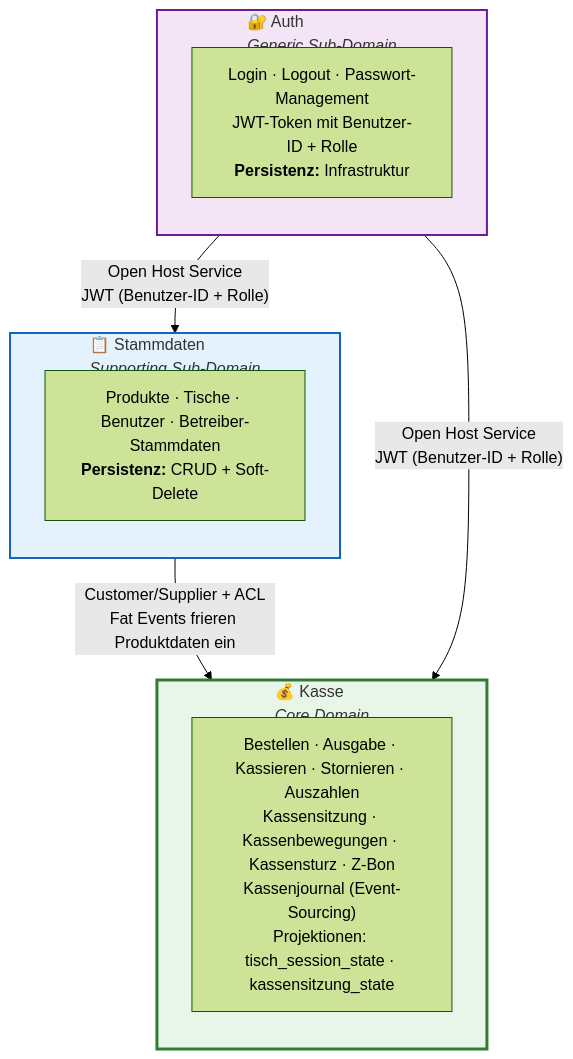
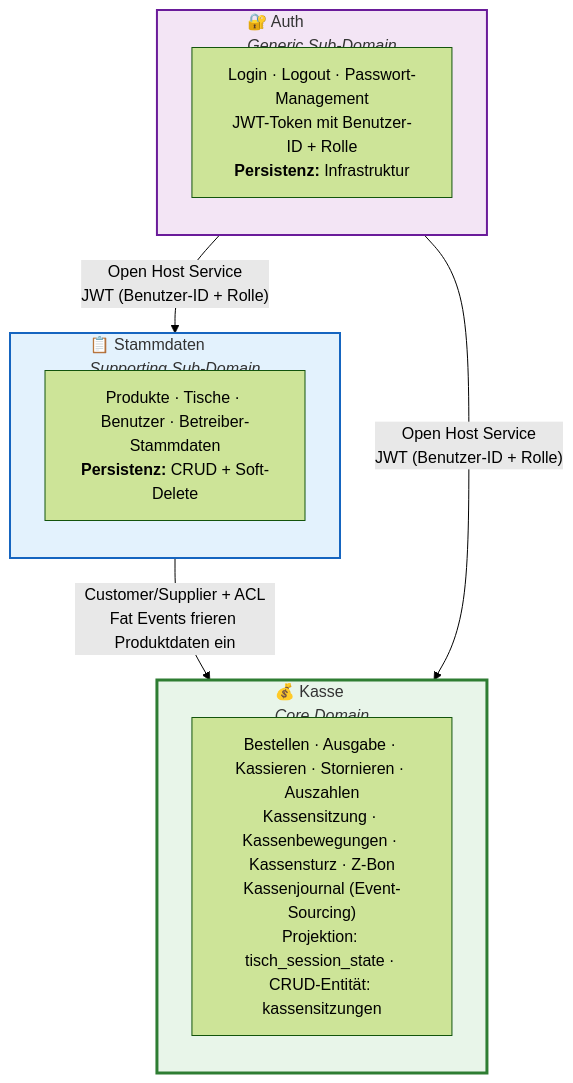
Before and after one commit to nicograef/jotti: the second of 19 diagrams in docs/diagrams.md, drawn with Mermaid (forest theme). The commit also changed other lines of this file and 21 other files, not shown here.

First line of the commit message:
refactor: replace kassensitzung_state projection with kassensitzungen CRUD entity and adopt nr-based subject format

````diff
--- a/docs/diagrams.md
+++ b/docs/diagrams.md
@@ -67,25 +67,25 @@
 ```mermaid
 graph TB
     subgraph auth ["🔐 Auth<br/><i>Generic Sub-Domain</i>"]
         direction TB
         auth_desc["Login · Logout · Passwort-Management<br/>JWT-Token mit Benutzer-ID + Rolle<br/><b>Persistenz:</b> Infrastruktur"]
     end
 
     subgraph stammdaten ["📋 Stammdaten<br/><i>Supporting Sub-Domain</i>"]
         direction TB
         stamm_desc["Produkte · Tische · Benutzer · Betreiber-Stammdaten<br/><b>Persistenz:</b> CRUD + Soft-Delete"]
     end
 
     subgraph kasse ["💰 Kasse<br/><i>Core Domain</i>"]
         direction TB
-        kasse_desc["Bestellen · Ausgabe · Kassieren · Stornieren · Auszahlen<br/>Kassensitzung · Kassenbewegungen · Kassensturz · Z-Bon<br/>Kassenjournal (Event-Sourcing)<br/>Projektionen: tisch_session_state · kassensitzung_state"]
+        kasse_desc["Bestellen · Ausgabe · Kassieren · Stornieren · Auszahlen<br/>Kassensitzung · Kassenbewegungen · Kassensturz · Z-Bon<br/>Kassenjournal (Event-Sourcing)<br/>Projektion: tisch_session_state · CRUD-Entität: kassensitzungen"]
     end
 
     stammdaten -->|"Customer/Supplier + ACL<br/>Fat Events frieren Produktdaten ein"| kasse
     auth -->|"Open Host Service<br/>JWT (Benutzer-ID + Rolle)"| kasse
     auth -->|"Open Host Service<br/>JWT (Benutzer-ID + Rolle)"| stammdaten
 
     style kasse fill:#e8f5e9,stroke:#2e7d32,stroke-width:3px
     style stammdaten fill:#e3f2fd,stroke:#1565c0,stroke-width:2px
     style auth fill:#f3e5f5,stroke:#6a1b9a,stroke-width:2px
 ```
````
